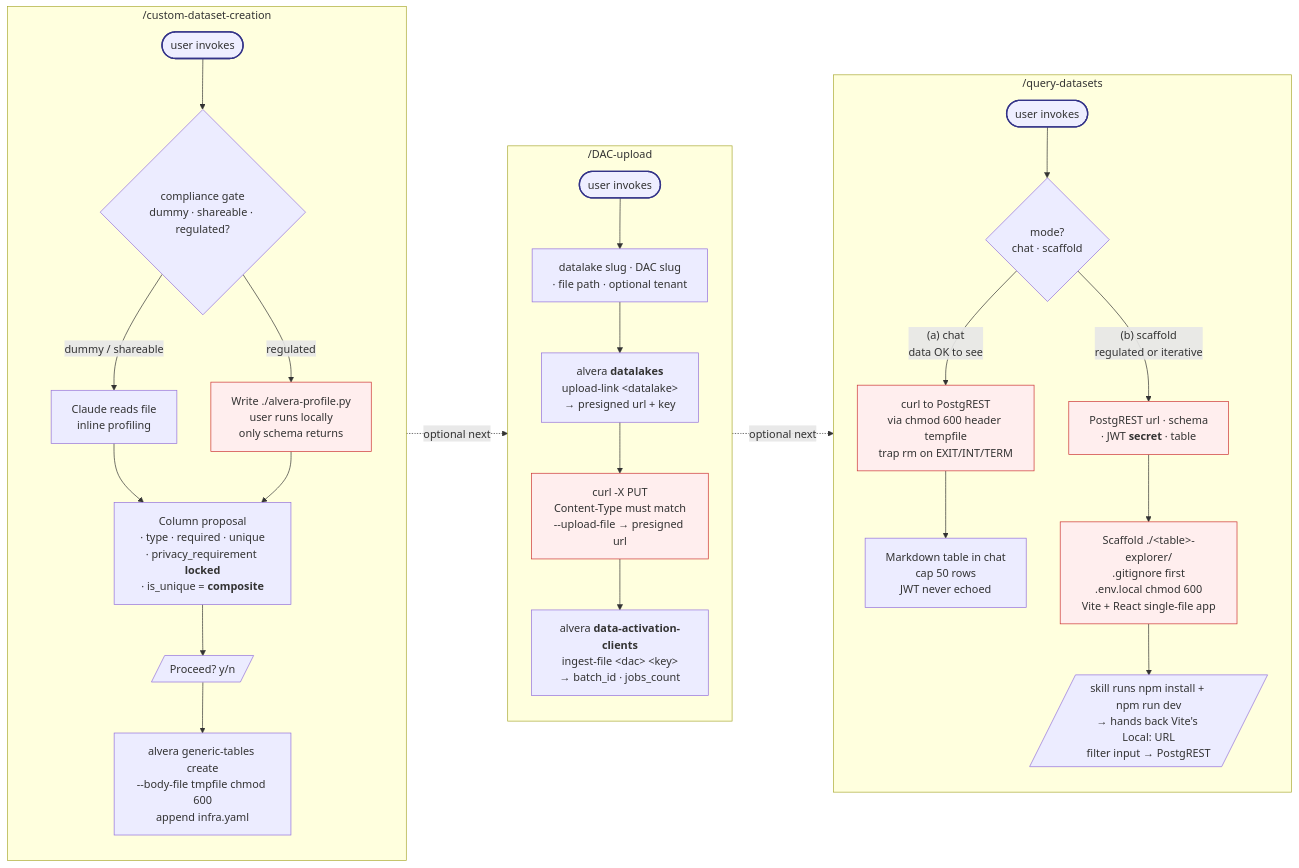
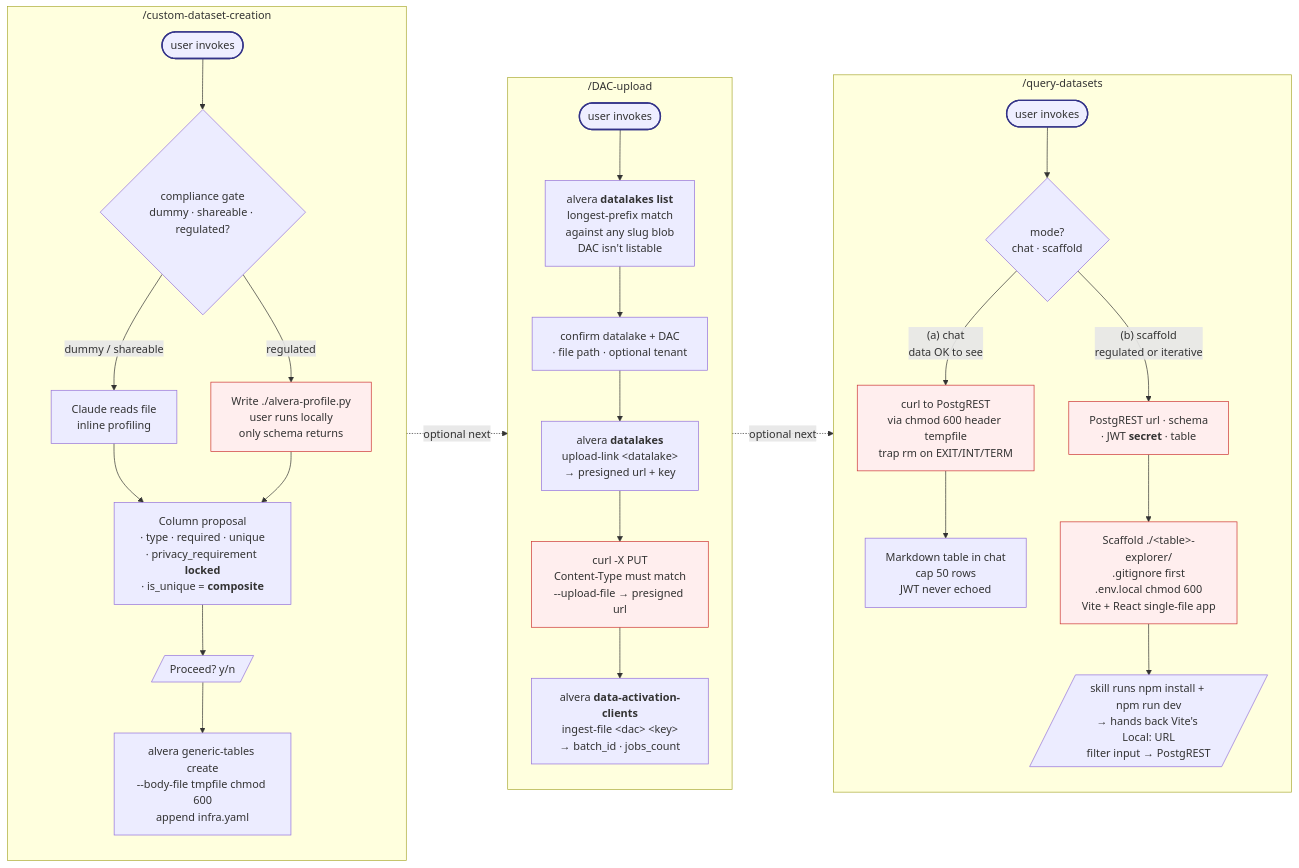
One commit to alvera-ai/alvera-agent changed the diagram in plugins/platform-setup/README.md. Above: the diagram before and after it, drawn with Mermaid. The commit also changed 3 other files, not shown here.

First line of the commit message:
refine(DAC-upload): auto-resolve datalake slug, longest-prefix match

````diff
--- a/plugins/platform-setup/README.md
+++ b/plugins/platform-setup/README.md
@@ -19,39 +19,40 @@
 ```mermaid
 flowchart LR
     subgraph cdc ["/custom-dataset-creation"]
         direction TB
         start1([user invokes]) --> gate{compliance gate<br/>dummy · shareable · regulated?}
         gate -->|dummy / shareable| inline[Claude reads file<br/>inline profiling]
         gate -->|regulated| script[Write ./alvera-profile.py<br/>user runs locally<br/>only schema returns]
         inline --> prop[Column proposal<br/>· type · required · unique<br/>· privacy_requirement <b>locked</b><br/>· is_unique = <b>composite</b>]
         script --> prop
         prop --> confirm[/Proceed? y/n/]
         confirm --> create[alvera generic-tables create<br/>--body-file tmpfile chmod 600<br/>append infra.yaml]
     end
 
     subgraph dac ["/DAC-upload"]
         direction TB
-        start2([user invokes]) --> elicit1[datalake slug · DAC slug<br/>· file path · optional tenant]
+        start2([user invokes]) --> resolve[alvera <b>datalakes list</b><br/>longest-prefix match<br/>against any slug blob<br/>DAC isn't listable]
+        resolve --> elicit1[confirm datalake + DAC<br/>· file path · optional tenant]
         elicit1 --> link[alvera <b>datalakes</b><br/>upload-link &lt;datalake&gt;<br/>→ presigned url + key]
         link --> put[curl -X PUT<br/>Content-Type must match<br/>--upload-file → presigned url]
         put --> ingest[alvera <b>data-activation-clients</b><br/>ingest-file &lt;dac&gt; &lt;key&gt;<br/>→ batch_id · jobs_count]
     end
 
     subgraph qd ["/query-datasets"]
         direction TB
         start3([user invokes]) --> mode{mode?<br/>chat · scaffold}
         mode -->|"(a) chat<br/>data OK to see"| chat[curl to PostgREST<br/>via chmod 600 header tempfile<br/>trap rm on EXIT/INT/TERM]
         chat --> render[Markdown table in chat<br/>cap 50 rows<br/>JWT never echoed]
         mode -->|"(b) scaffold<br/>regulated or iterative"| elicit2[PostgREST url · schema<br/>· JWT <b>secret</b> · table]
         elicit2 --> scaffold[Scaffold ./&lt;table&gt;-explorer/<br/>.gitignore first<br/>.env.local chmod 600<br/>Vite + React single-file app]
         scaffold --> handoff[/skill runs npm install + npm run dev<br/>→ hands back Vite's Local: URL<br/>filter input → PostgREST/]
     end
 
     create -. optional next .-> start2
     ingest -. optional next .-> start3
 
     classDef entry fill:#eef,stroke:#338,stroke-width:2px
     classDef secret fill:#fee,stroke:#c33,stroke-width:1px
     class start1,start2,start3 entry
     class script,put,chat,elicit2,scaffold secret
 ```
````
